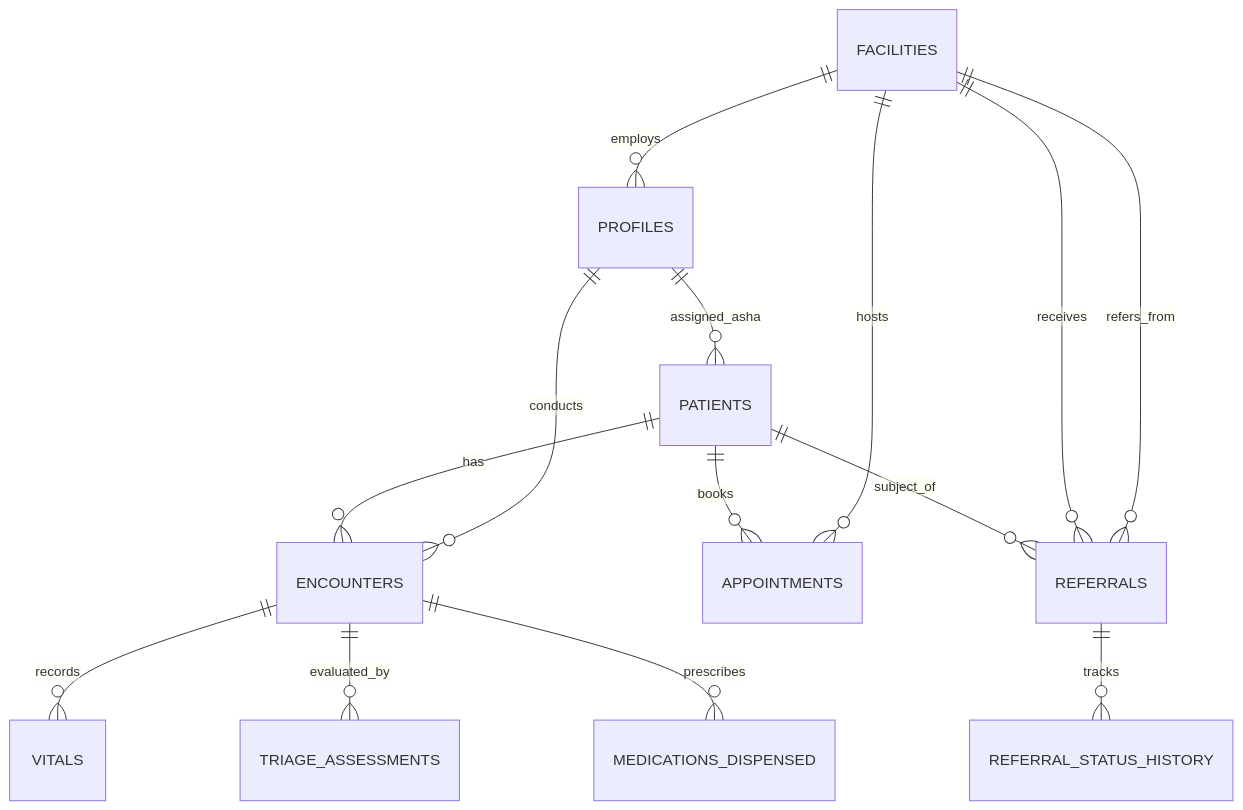
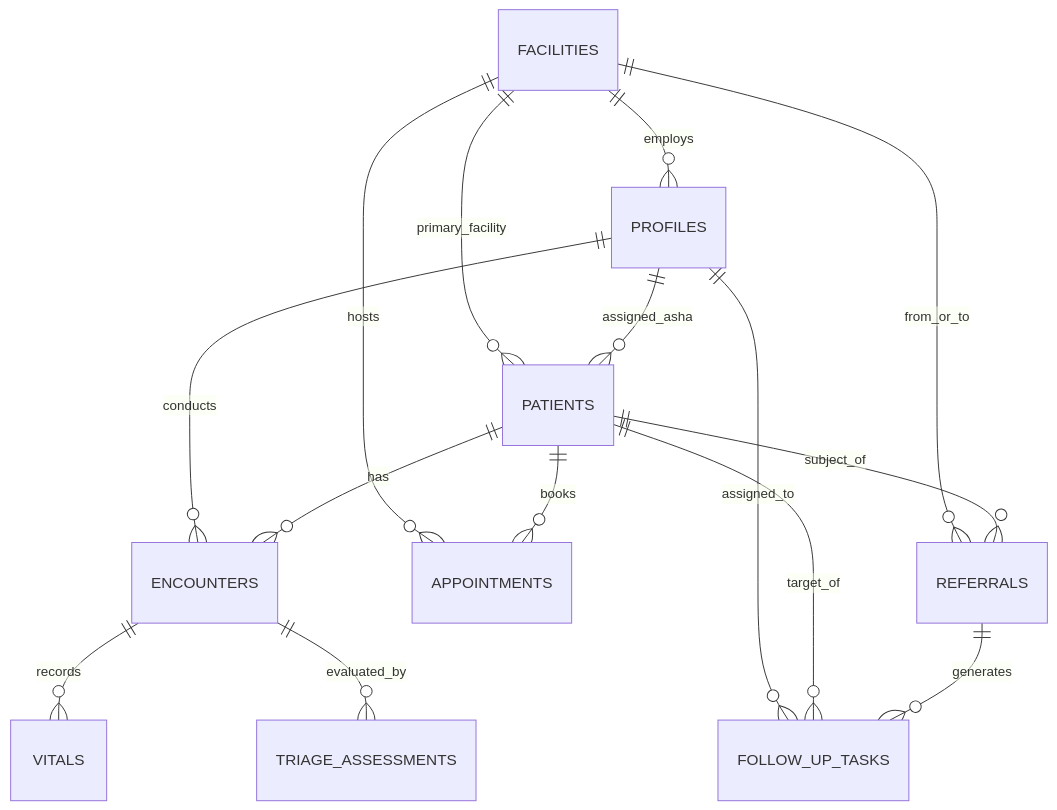
The diagram in docs/DATABASE_SCHEMA.md (Ayushbagga/CAREGRID), drawn with Mermaid before and after one commit. The commit also changed other lines of this file and 10 other files, not shown here.

Commit message:
docs: revise architecture and roadmap to strictly prioritize SIH26133 11 core MVP deliverables

````diff
--- a/docs/DATABASE_SCHEMA.md
+++ b/docs/DATABASE_SCHEMA.md
@@ -20,20 +28,21 @@
 ```mermaid
 erDiagram
     FACILITIES ||--o{ PROFILES : "employs"
-    FACILITIES ||--o{ REFERRALS : "refers_from"
-    FACILITIES ||--o{ REFERRALS : "receives"
+    FACILITIES ||--o{ PATIENTS : "primary_facility"
+    FACILITIES ||--o{ REFERRALS : "from_or_to"
     FACILITIES ||--o{ APPOINTMENTS : "hosts"
     
     PROFILES ||--o{ PATIENTS : "assigned_asha"
     PROFILES ||--o{ ENCOUNTERS : "conducts"
+    PROFILES ||--o{ FOLLOW_UP_TASKS : "assigned_to"
     
     PATIENTS ||--o{ ENCOUNTERS : "has"
     PATIENTS ||--o{ REFERRALS : "subject_of"
     PATIENTS ||--o{ APPOINTMENTS : "books"
+    PATIENTS ||--o{ FOLLOW_UP_TASKS : "target_of"
     
     ENCOUNTERS ||--o{ VITALS : "records"
     ENCOUNTERS ||--o{ TRIAGE_ASSESSMENTS : "evaluated_by"
-    ENCOUNTERS ||--o{ MEDICATIONS_DISPENSED : "prescribes"
     
-    REFERRALS ||--o{ REFERRAL_STATUS_HISTORY : "tracks"
+    REFERRALS ||--o{ FOLLOW_UP_TASKS : "generates"
 ```
````
